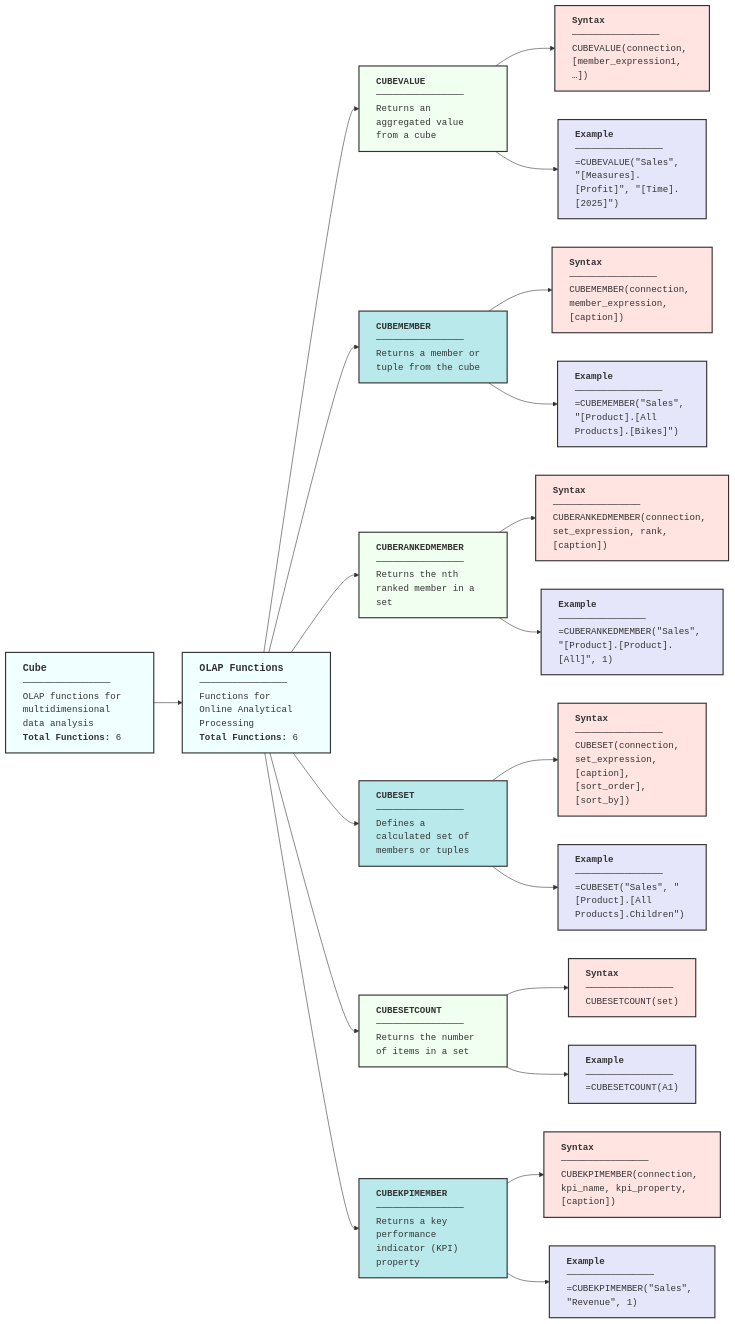
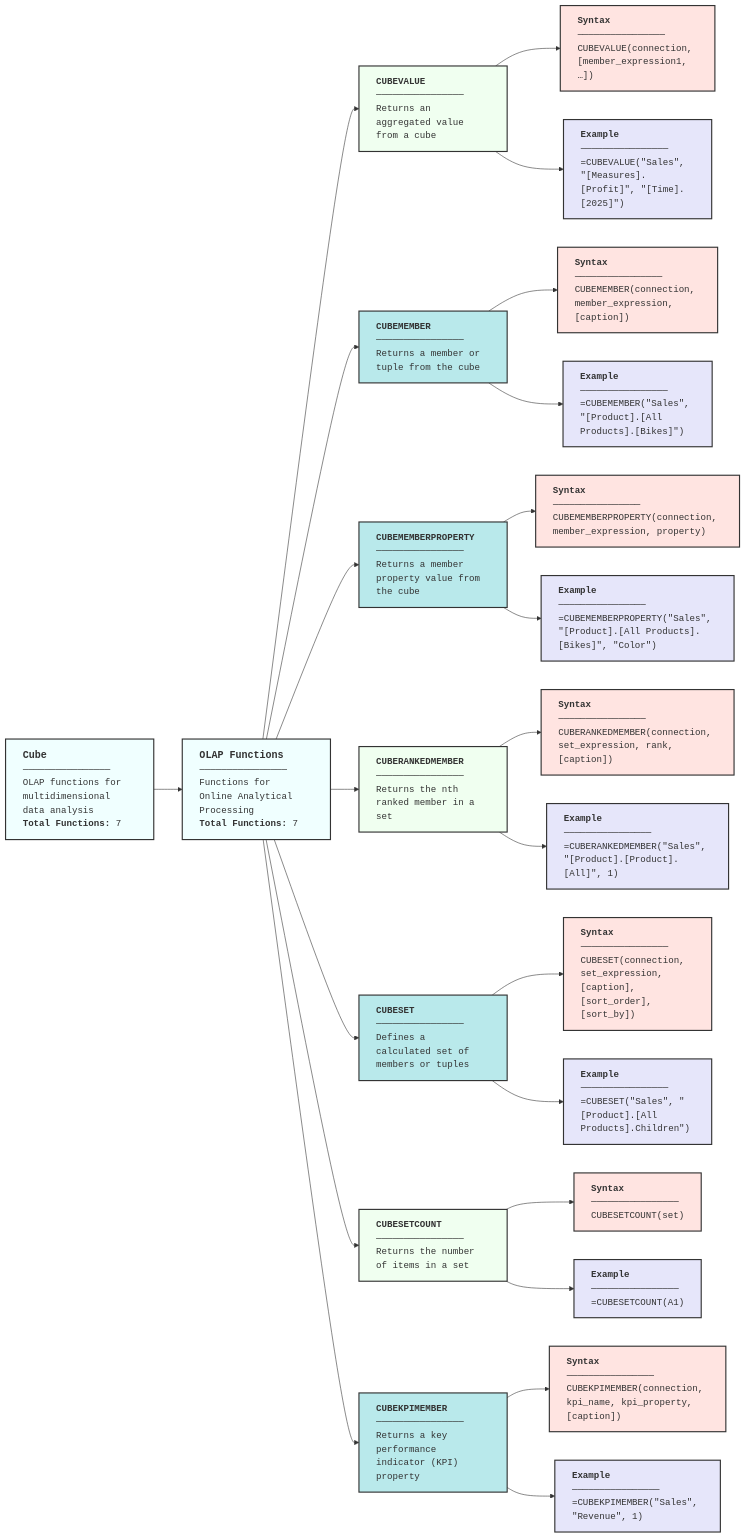
Before and after one commit to klappe-pm/Spreadsheet-Functions: the diagram in Diagrams/Functions-Cube.md, drawn with Mermaid. The commit also changed other lines of this file and 15 other files, not shown here.

First line of the commit message:
Review Engineering, Financial, Cube and array diagrams

````diff
--- a/Diagrams/Functions-Cube.md
+++ b/Diagrams/Functions-Cube.md
@@ -20,64 +32,70 @@
 ```mermaid
 
 graph LR
-    A["<div align='left' style='font-family: MonoLisa, monospace;'><b style='font-size: 1.1em;'>Cube</b><br/>────────────────<br/>OLAP functions for multidimensional data analysis<br/><b>Total Functions:</b> 6</div>"] --> B["<div align='left' style='font-family: MonoLisa, monospace;'><b style='font-size: 1.1em;'>OLAP Functions</b><br/>────────────────<br/>Functions for Online Analytical Processing<br/><b>Total Functions:</b> 6</div>"]
-    
+    A["<div align='left' style='font-family: MonoLisa, monospace;'><b style='font-size: 1.1em;'>Cube</b><br/>────────────────<br/>OLAP functions for multidimensional data analysis<br/><b>Total Functions:</b> 7</div>"] --> B["<div align='left' style='font-family: MonoLisa, monospace;'><b style='font-size: 1.1em;'>OLAP Functions</b><br/>────────────────<br/>Functions for Online Analytical Processing<br/><b>Total Functions:</b> 7</div>"]
+
     B --> CUBEVALUE["<div align='left' style='font-family: MonoLisa, monospace;'><b>CUBEVALUE</b><br/>────────────────<br/>Returns an aggregated value from a cube</div>"]
-    
+
     CUBEVALUE --> CUBEVALUESYNTAX["<div align='left' style='font-family: MonoLisa, monospace;'><b>Syntax</b><br/>────────────────<br/>CUBEVALUE(connection, [member_expression1, …])</div>"]
-    
+
     CUBEVALUE --> CUBEVALUEEXAMPLE["<div align='left' style='font-family: MonoLisa, monospace;'><b>Example</b><br/>────────────────<br/>=CUBEVALUE(&quot;Sales&quot;, &quot;[Measures].[Profit]&quot;, &quot;[Time].[2025]&quot;)</div>"]
-    
+
     B --> CUBEMEMBER["<div align='left' style='font-family: MonoLisa, monospace;'><b>CUBEMEMBER</b><br/>────────────────<br/>Returns a member or tuple from the cube</div>"]
-    
+
     CUBEMEMBER --> CUBEMEMBERSYNTAX["<div align='left' style='font-family: MonoLisa, monospace;'><b>Syntax</b><br/>────────────────<br/>CUBEMEMBER(connection, member_expression, [caption])</div>"]
-    
+
     CUBEMEMBER --> CUBEMEMBEREXAMPLE["<div align='left' style='font-family: MonoLisa, monospace;'><b>Example</b><br/>────────────────<br/>=CUBEMEMBER(&quot;Sales&quot;, &quot;[Product].[All Products].[Bikes]&quot;)</div>"]
-    
+
+    B --> CUBEMEMBERPROPERTY["<div align='left' style='font-family: MonoLisa, monospace;'><b>CUBEMEMBERPROPERTY</b><br/>────────────────<br/>Returns a member property value from the cube</div>"]
+    CUBEMEMBERPROPERTY --> CUBEMEMBERPROPERTYSYNTAX["<div align='left' style='font-family: MonoLisa, monospace;'><b>Syntax</b><br/>────────────────<br/>CUBEMEMBERPROPERTY(connection, member_expression, property)</div>"]
+    CUBEMEMBERPROPERTY --> CUBEMEMBERPROPERTYEXAMPLE["<div align='left' style='font-family: MonoLisa, monospace;'><b>Example</b><br/>────────────────<br/>=CUBEMEMBERPROPERTY(&quot;Sales&quot;, &quot;[Product].[All Products].[Bikes]&quot;, &quot;Color&quot;)</div>"]
     B --> CUBERANKEDMEMBER["<div align='left' style='font-family: MonoLisa, monospace;'><b>CUBERANKEDMEMBER</b><br/>────────────────<br/>Returns the nth ranked member in a set</div>"]
-    
+
     CUBERANKEDMEMBER --> CUBERANKEDMEMBERSYNTAX["<div align='left' style='font-family: MonoLisa, monospace;'><b>Syntax</b><br/>────────────────<br/>CUBERANKEDMEMBER(connection, set_expression, rank, [caption])</div>"]
-    
+
     CUBERANKEDMEMBER --> CUBERANKEDMEMBEREXAMPLE["<div align='left' style='font-family: MonoLisa, monospace;'><b>Example</b><br/>────────────────<br/>=CUBERANKEDMEMBER(&quot;Sales&quot;, &quot;[Product].[Product].[All]&quot;, 1)</div>"]
-    
+
     B --> CUBESET["<div align='left' style='font-family: MonoLisa, monospace;'><b>CUBESET</b><br/>────────────────<br/>Defines a calculated set of members or tuples</div>"]
-    
+
     CUBESET --> CUBESETSYNTAX["<div align='left' style='font-family: MonoLisa, monospace;'><b>Syntax</b><br/>────────────────<br/>CUBESET(connection, set_expression, [caption], [sort_order], [sort_by])</div>"]
-    
+
     CUBESET --> CUBESETEXAMPLE["<div align='left' style='font-family: MonoLisa, monospace;'><b>Example</b><br/>────────────────<br/>=CUBESET(&quot;Sales&quot;, &quot;[Product].[All Products].Children&quot;)</div>"]
-    
+
     B --> CUBESETCOUNT["<div align='left' style='font-family: MonoLisa, monospace;'><b>CUBESETCOUNT</b><br/>────────────────<br/>Returns the number of items in a set</div>"]
-    
+
     CUBESETCOUNT --> CUBESETSYNTAX2["<div align='left' style='font-family: MonoLisa, monospace;'><b>Syntax</b><br/>────────────────<br/>CUBESETCOUNT(set)</div>"]
-    
+
     CUBESETCOUNT --> CUBESETEXAMPLE2["<div align='left' style='font-family: MonoLisa, monospace;'><b>Example</b><br/>────────────────<br/>=CUBESETCOUNT(A1)</div>"]
-    
+
     B --> CUBEKPIMEMBER["<div align='left' style='font-family: MonoLisa, monospace;'><b>CUBEKPIMEMBER</b><br/>────────────────<br/>Returns a key performance indicator (KPI) property</div>"]
-    
+
     CUBEKPIMEMBER --> CUBEKPIMEMBERSYNTAX["<div align='left' style='font-family: MonoLisa, monospace;'><b>Syntax</b><br/>────────────────<br/>CUBEKPIMEMBER(connection, kpi_name, kpi_property, [caption])</div>"]
-    
+
     CUBEKPIMEMBER --> CUBEKPIMEMBEREXAMPLE["<div align='left' style='font-family: MonoLisa, monospace;'><b>Example</b><br/>────────────────<br/>=CUBEKPIMEMBER(&quot;Sales&quot;, &quot;Revenue&quot;, 1)</div>"]
-    
+
     style A fill:#F0FFFF,stroke:#333,stroke-width:2px
     style B fill:#F0FFFF,stroke:#333,stroke-width:2px
     style CUBEVALUE fill:#F0FFF0,stroke:#333,stroke-width:2px
     style CUBEVALUESYNTAX fill:#FFE4E1,stroke:#333,stroke-width:2px
     style CUBEVALUEEXAMPLE fill:#E6E6FA,stroke:#333,stroke-width:2px
     style CUBEMEMBER fill:#B9E9EB,stroke:#333,stroke-width:2px
     style CUBEMEMBERSYNTAX fill:#FFE4E1,stroke:#333,stroke-width:2px
     style CUBEMEMBEREXAMPLE fill:#E6E6FA,stroke:#333,stroke-width:2px
     style CUBERANKEDMEMBER fill:#F0FFF0,stroke:#333,stroke-width:2px
     style CUBERANKEDMEMBERSYNTAX fill:#FFE4E1,stroke:#333,stroke-width:2px
     style CUBERANKEDMEMBEREXAMPLE fill:#E6E6FA,stroke:#333,stroke-width:2px
     style CUBESET fill:#B9E9EB,stroke:#333,stroke-width:2px
     style CUBESETSYNTAX fill:#FFE4E1,stroke:#333,stroke-width:2px
     style CUBESETEXAMPLE fill:#E6E6FA,stroke:#333,stroke-width:2px
     style CUBESETCOUNT fill:#F0FFF0,stroke:#333,stroke-width:2px
     style CUBESETSYNTAX2 fill:#FFE4E1,stroke:#333,stroke-width:2px
     style CUBESETEXAMPLE2 fill:#E6E6FA,stroke:#333,stroke-width:2px
     style CUBEKPIMEMBER fill:#B9E9EB,stroke:#333,stroke-width:2px
     style CUBEKPIMEMBERSYNTAX fill:#FFE4E1,stroke:#333,stroke-width:2px
     style CUBEKPIMEMBEREXAMPLE fill:#E6E6FA,stroke:#333,stroke-width:2px
-    
-    
+    style CUBEMEMBERPROPERTY fill:#B9E9EB,stroke:#333,stroke-width:2px
+    style CUBEMEMBERPROPERTYSYNTAX fill:#FFE4E1,stroke:#333,stroke-width:2px
+    style CUBEMEMBERPROPERTYEXAMPLE fill:#E6E6FA,stroke:#333,stroke-width:2px
+
+
 ```
````
